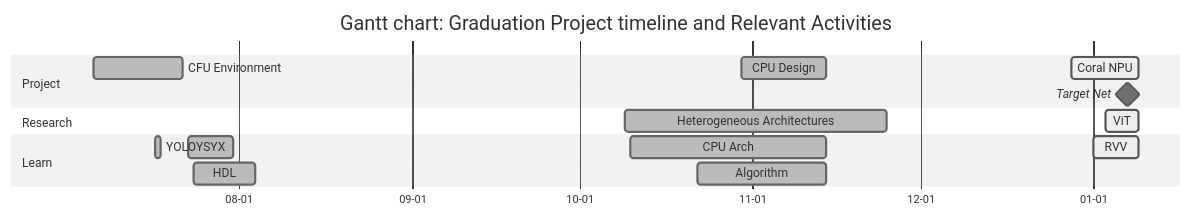
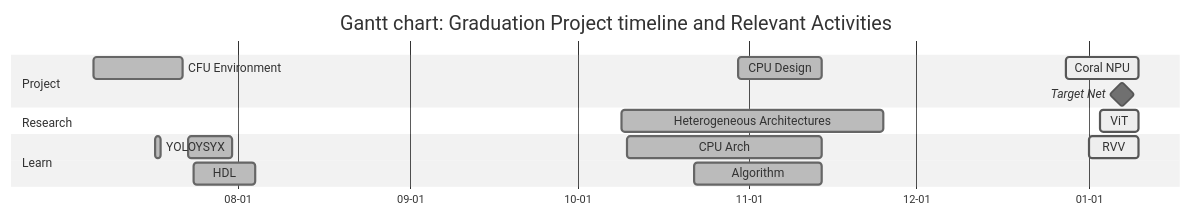
The first of 3 diagrams in tinyml/index.qmd (Marcobisky/Marcobisky.github.io), drawn with Mermaid (neutral theme) before and after one commit. The commit also changed other lines of this file and 17 other files, not shown here.

Commit message:
Add Coral NPU, Project management in CC coding, ML terms and more RVV inst

````diff
--- a/tinyml/index.qmd
+++ b/tinyml/index.qmd
@@ -48,34 +48,34 @@
 ```{mermaid}
 ---
 displayMode: compact
 ---
 %%| label: fig-graduation-timeline
 %%| fig-cap: "Gantt Chart"
 %%| fig-width: 10
 %%| fig-height: 6
 
 gantt
     title Gantt chart: Graduation Project timeline and Relevant Activities
     dateFormat  YYYY-MM-DD
     axisFormat  %m-%d
     tickInterval 14d
 
     section Project
         CFU Environment :done, 2025-07-06, 2025-07-22
         CPU Design :done, 2025-10-30, 2025-11-14
-        Coral NPU :active, 2025-12-28, 2026-01-09
+        Coral NPU :active, 2025-12-28, 2026-01-10
         Target Net :milestone, 2026-01-07, 0d
 
     section Research
         Heterogeneous Architectures :done, 2025-10-09, 2025-11-25
-        ViT :active, 2026-01-03, 2026-01-09
+        ViT :active, 2026-01-03, 2026-01-10
 
     section Learn
         YSYX :done, 2025-07-23, 2025-07-31
         HDL :done, 2025-07-24, 2025-08-04
         YOLO :done, 2025-07-17, 1d
         CPU Arch :done, 2025-10-10, 2025-11-14
         Algorithm :done, 2025-10-22, 2025-11-14
-        RVV :active, 2026-01-01, 2026-01-09
+        RVV :active, 2026-01-01, 2026-01-10
 
 ```
````
